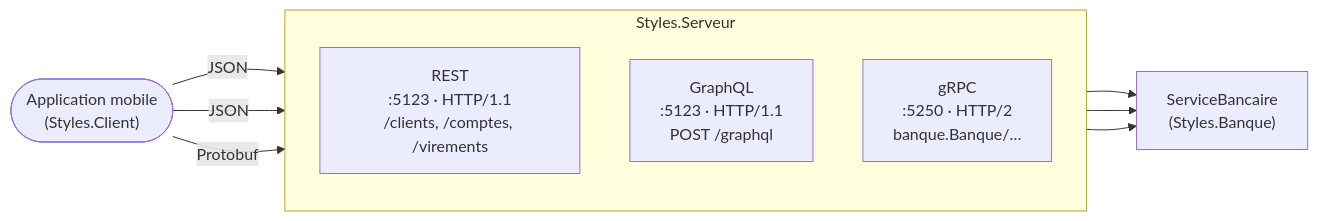
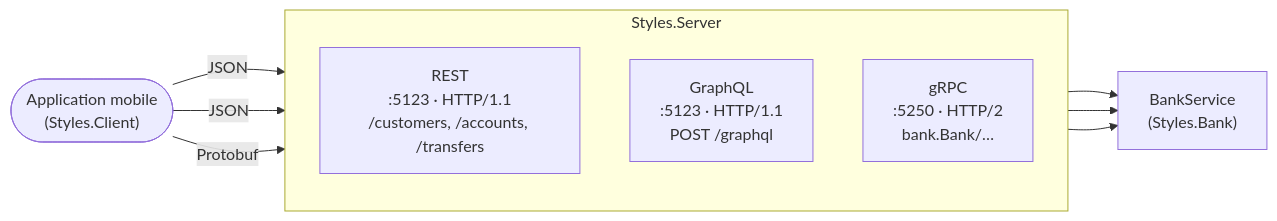
The first of 2 diagrams in Docs/23-rest-grpc-graphql.md (drangoht/ArchitecturesDemo), drawn with Mermaid before and after one commit. The commit also changed other lines of this file and 70 other files, not shown here.

Commit message:
Docs FR : identifiants, liens, diagrammes et sorties alignés sur le code anglais

````diff
--- a/Docs/23-rest-grpc-graphql.md
+++ b/Docs/23-rest-grpc-graphql.md
@@ -18,17 +18,17 @@
 ```mermaid
 flowchart LR
     APP(["Application mobile<br/>(Styles.Client)"])
-    subgraph SRV["Styles.Serveur"]
+    subgraph SRV["Styles.Server"]
         direction TB
-        R["REST<br/>:5123 · HTTP/1.1<br/>/clients, /comptes, /virements"]
+        R["REST<br/>:5123 · HTTP/1.1<br/>/customers, /accounts, /transfers"]
         Q["GraphQL<br/>:5123 · HTTP/1.1<br/>POST /graphql"]
-        G["gRPC<br/>:5250 · HTTP/2<br/>banque.Banque/…"]
+        G["gRPC<br/>:5250 · HTTP/2<br/>bank.Bank/…"]
     end
-    M["ServiceBancaire<br/>(Styles.Banque)"]
+    M["BankService<br/>(Styles.Bank)"]
     APP -->|"JSON"| R
     APP -->|"JSON"| Q
     APP -->|"Protobuf"| G
     R --> M
     Q --> M
     G --> M
 ```
````
